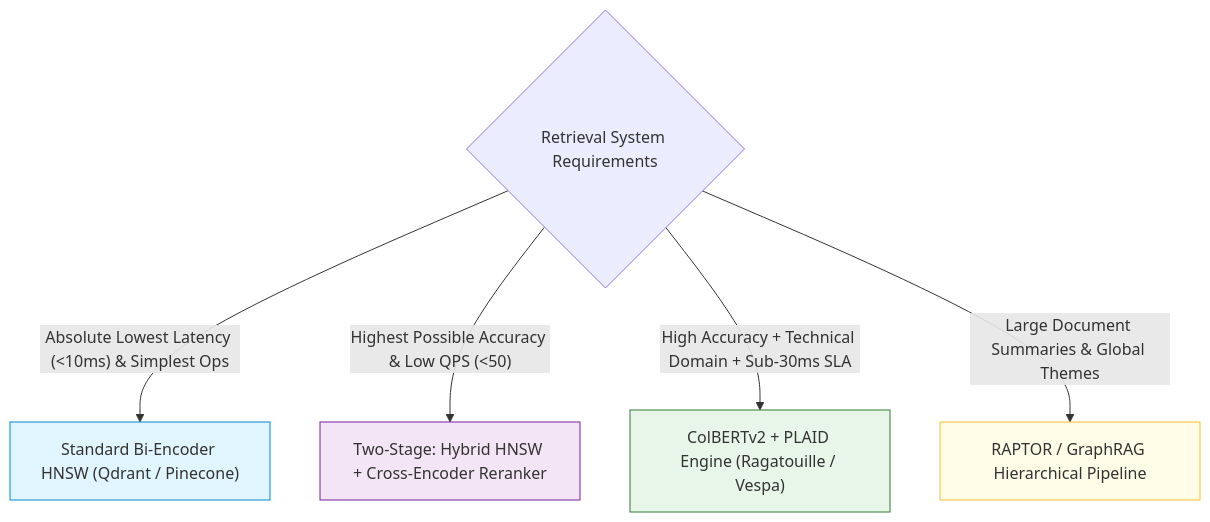
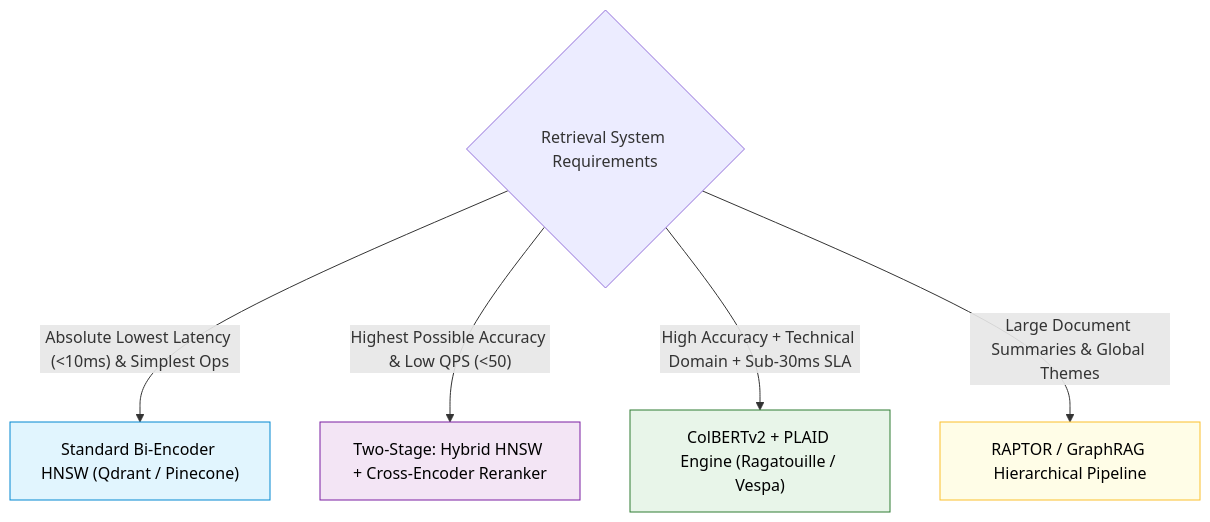
The third of 3 diagrams in 06-Advanced-RAG/ColBERT.md (swapnil3104/RAG-Engineering), drawn with Mermaid before and after one commit. The commit also changed other lines of this file and 108 other files, not shown here.

Commit message:
fix: make chart text visible across all Mermaid diagrams and resolve markdown table formatting issues

````diff
--- a/06-Advanced-RAG/ColBERT.md
+++ b/06-Advanced-RAG/ColBERT.md
@@ -447,14 +447,14 @@
 ```mermaid
 flowchart TD
     Req{"Retrieval System Requirements"}
     
     Req -->|"Absolute Lowest Latency (<10ms) & Simplest Ops"| A["Standard Bi-Encoder HNSW (Qdrant / Pinecone)"]
     Req -->|"Highest Possible Accuracy & Low QPS (<50)"| B["Two-Stage: Hybrid HNSW + Cross-Encoder Reranker"]
     Req -->|"High Accuracy + Technical Domain + Sub-30ms SLA"| C["ColBERTv2 + PLAID Engine (Ragatouille / Vespa)"]
     Req -->|"Large Document Summaries & Global Themes"| D["RAPTOR / GraphRAG Hierarchical Pipeline"]
 
-    style A fill:#e1f5fe,stroke:#0288d1,stroke-width:1px
-    style B fill:#f3e5f5,stroke:#7b1fa2,stroke-width:1px
-    style C fill:#e8f5e9,stroke:#2e7d32,stroke-width:1px
-    style D fill:#fffde7,stroke:#fbc02d,stroke-width:1px
+    style A fill:#e1f5fe,stroke:#0288d1,stroke-width:1px,color:#000000
+    style B fill:#f3e5f5,stroke:#7b1fa2,stroke-width:1px,color:#000000
+    style C fill:#e8f5e9,stroke:#2e7d32,stroke-width:1px,color:#000000
+    style D fill:#fffde7,stroke:#fbc02d,stroke-width:1px,color:#000000
 ```
````
